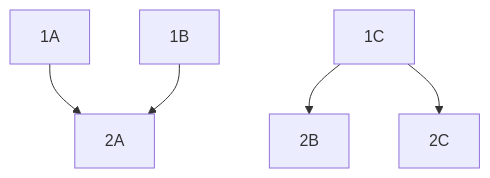
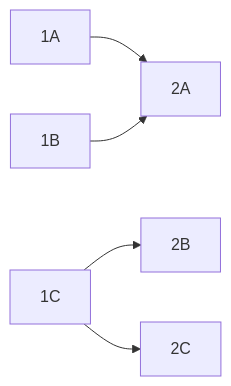
Before and after one commit to wujftjy/mochandover: the third of 3 diagrams in 成套性/数据集成套性.md, drawn with Mermaid. The commit also changed other lines of this file, not shown here.

Commit message:
修改行列

````diff
--- a/成套性/数据集成套性.md
+++ b/成套性/数据集成套性.md
@@ -58,10 +58,10 @@
 ```mermaid
-graph TD;
+graph LR;
 1A --> 2A
 1B --> 2A
 1C --> 2B
 1C --> 2C
 
 
 
 ```
````
